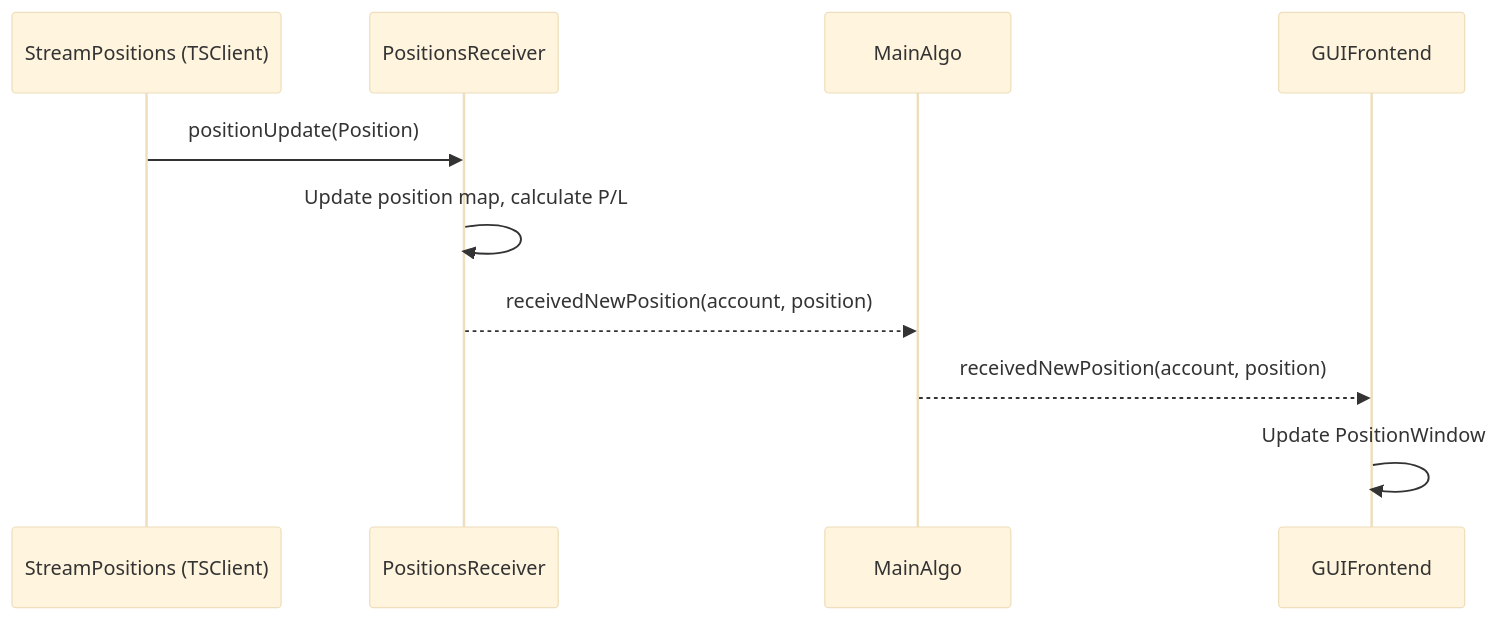
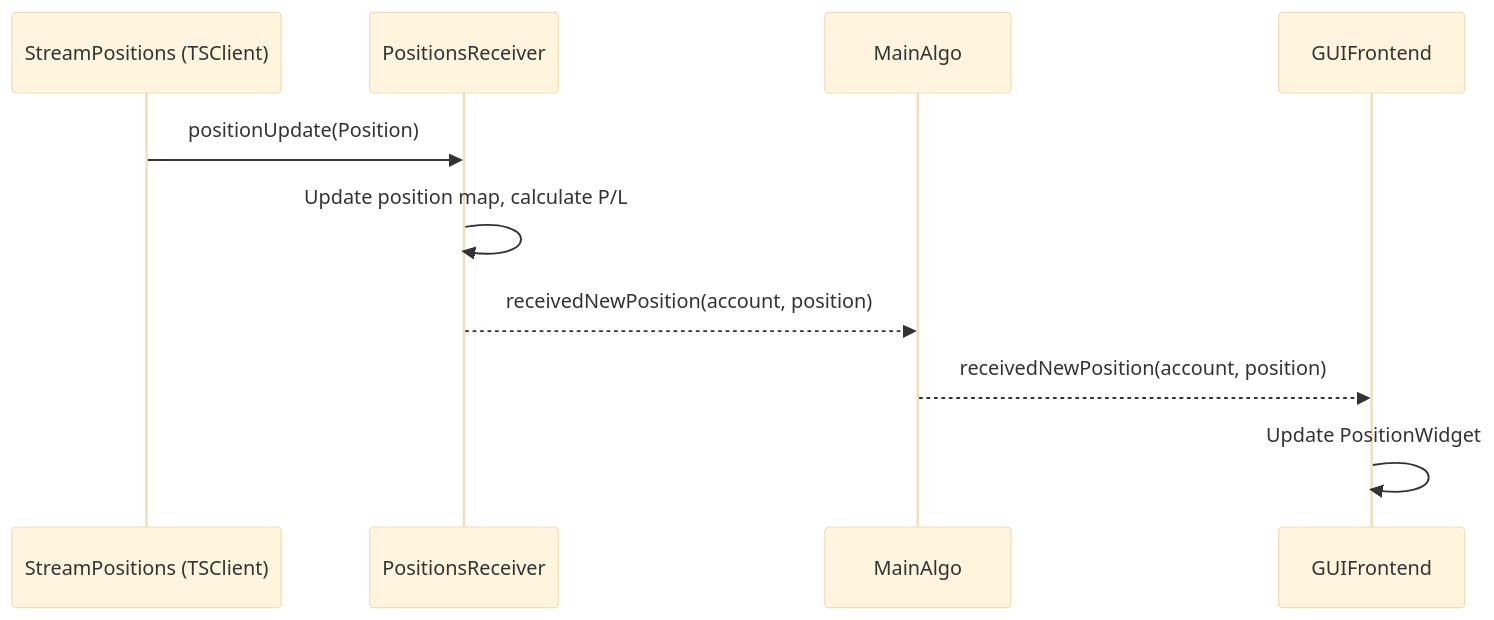
One commit to simonbeaudoin0935/OpenTraderPlatform changed the second of 3 diagrams in Src/Algo/AGENTS.md. Above: the diagram before and after it, drawn with Mermaid (base theme). The commit also changed other lines of this file and 14 other files, not shown here.

First line of the commit message:
Rename Windows/ → Widgets/ and *Window → *Widget

````diff
--- a/Src/Algo/AGENTS.md
+++ b/Src/Algo/AGENTS.md
@@ -393,13 +393,13 @@
 ```mermaid
 sequenceDiagram
     participant Stream as StreamPositions (TSClient)
     participant Receiver as PositionsReceiver
     participant MainAlgo
     participant Frontend as GUIFrontend
 
     Stream->>Receiver: positionUpdate(Position)
     Receiver->>Receiver: Update position map, calculate P/L
     Receiver-->>MainAlgo: receivedNewPosition(account, position)
     MainAlgo-->>Frontend: receivedNewPosition(account, position)
-    Frontend->>Frontend: Update PositionWindow
+    Frontend->>Frontend: Update PositionWidget
 ```
````
